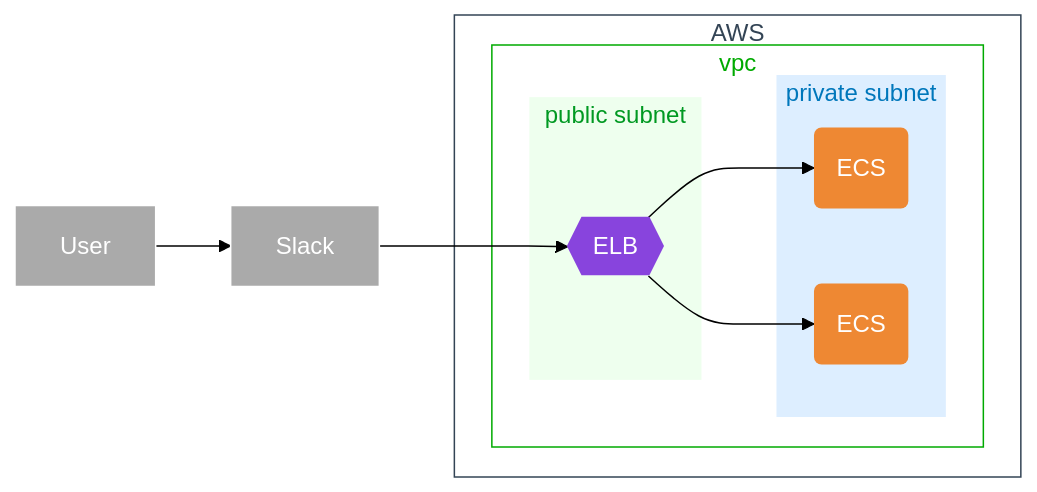
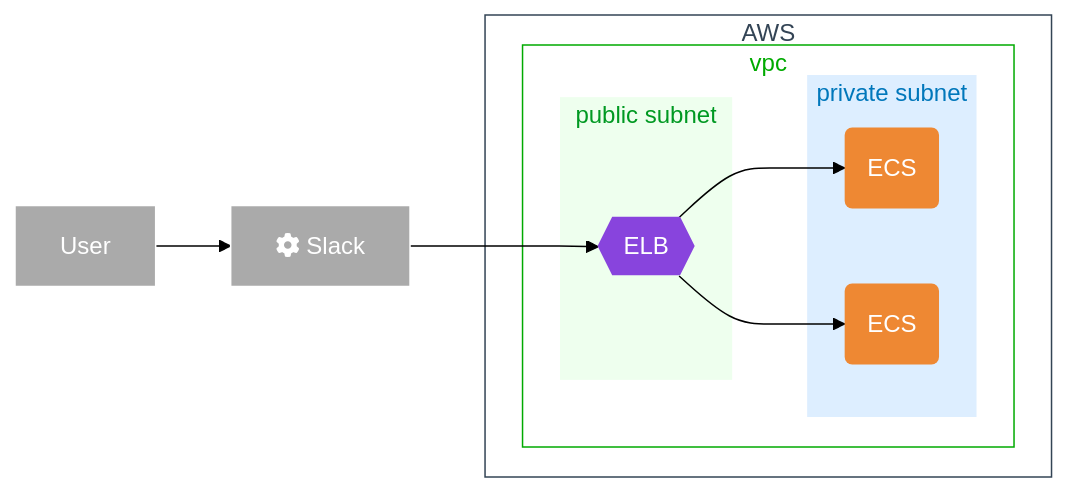
One commit to yuta3003/slackbot-aws changed the diagram in README.md. Above: the diagram before and after it, drawn with Mermaid (forest theme).

````diff
--- a/README.md
+++ b/README.md
@@ -33,59 +33,59 @@
 ```mermaid
 flowchart LR
 
 %%外部要素のUser
 OU1[User]
-OUS[Slack]
+OUS[fa:fa-cog Slack]
 
 %%グループとサービス
 subgraph GC[AWS]
   subgraph GV[vpc]
     subgraph GS1[public subnet]
       NW1{{"ELB"}}
     end
     subgraph GS2[private subnet]
       CP1("ECS")
       CP2("ECS")
     end
   end
 end
 
 %%サービス同士の関係
 OU1 --> OUS
 OUS --> NW1
 NW1 --> CP1
 NW1 --> CP2
 
 %%グループのスタイル
 classDef SGC fill:none,color:#345,stroke:#345
 class GC SGC
 
 classDef SGV fill:none,color:#0a0,stroke:#0a0
 class GV SGV
 
 classDef SGPrS fill:#def,color:#07b,stroke:none
 class GS2 SGPrS
 
 classDef SGPuS fill:#efe,color:#092,stroke:none
 class GS1 SGPuS
 
 %%サービスのスタイル
 classDef SOU fill:#aaa,color:#fff,stroke:#fff
 class OU1 SOU
 class OUS SOU
 
 classDef SNW fill:#84d,color:#fff,stroke:none
 class NW1 SNW
 
 classDef SCP fill:#e83,color:#fff,stroke:none
 class CP1 SCP
 class CP2 SCP
 
 classDef SDB fill:#46d,color:#fff,stroke:#fff
 class DB1 SDB
 
 classDef SST fill:#493,color:#fff,stroke:#fff
 class ST1 SST
 
 
 ```
````
